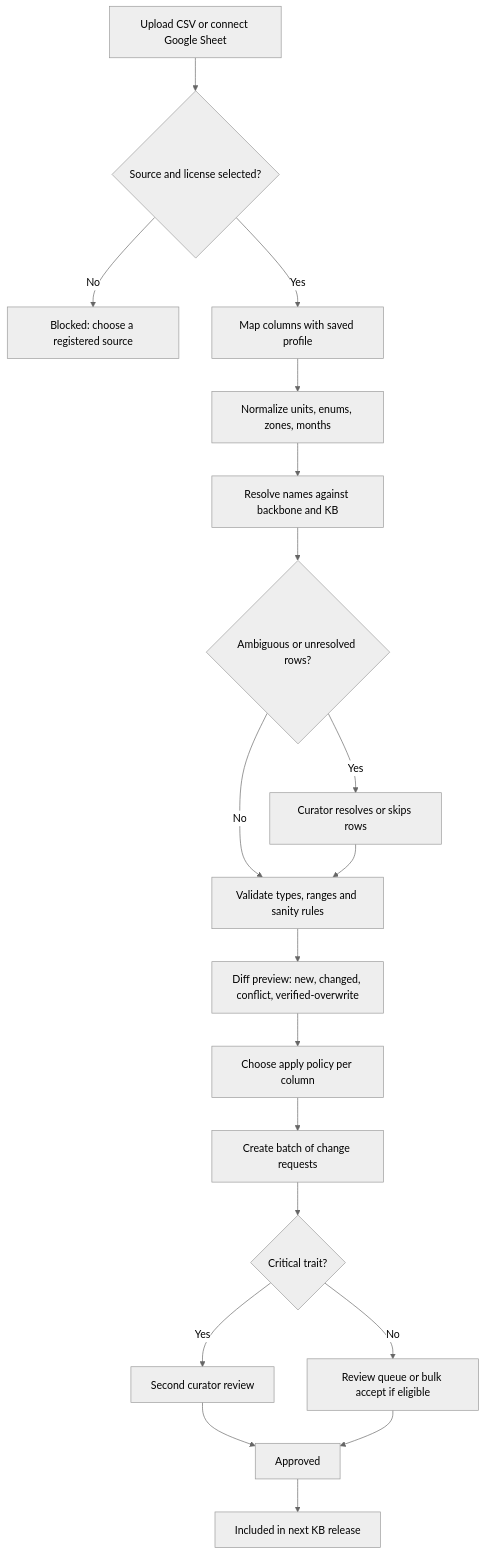
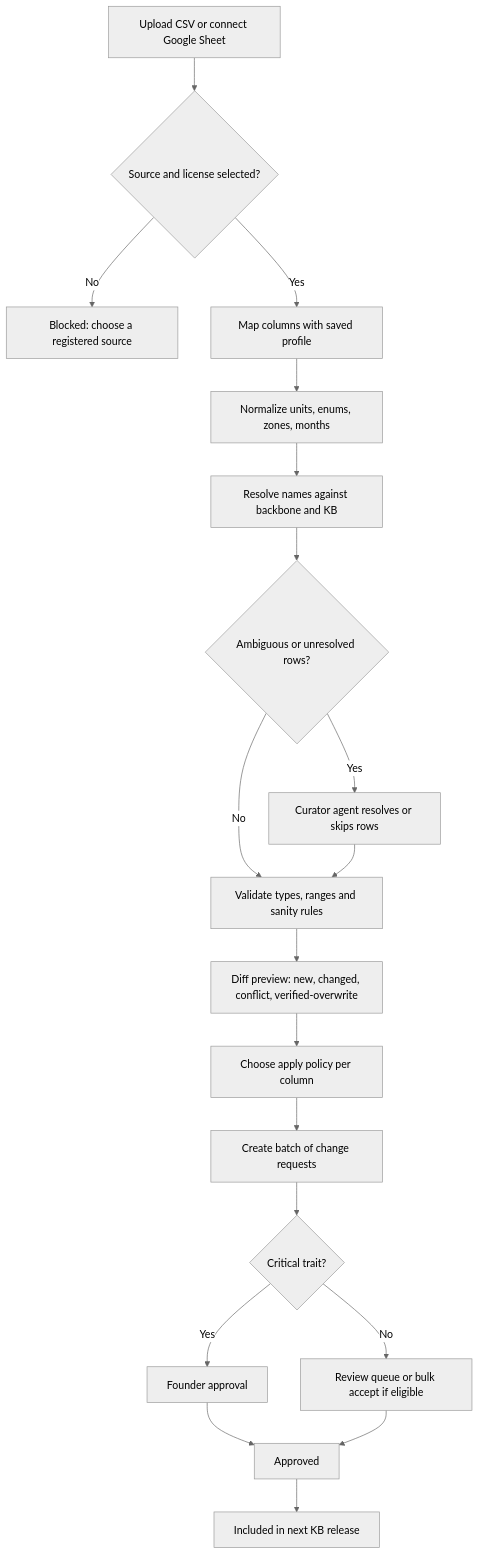
The fourth of 16 diagrams in docs/12-plant-knowledge-base.md (jdinard/landscape), drawn with Mermaid (neutral theme) before and after one commit. The commit also changed other lines of this file and 11 other files, not shown here.

````diff
--- a/docs/12-plant-knowledge-base.md
+++ b/docs/12-plant-knowledge-base.md
@@ -1110,21 +1110,21 @@
 ```mermaid
 flowchart TD
     A["Upload CSV or connect Google Sheet"] --> B{"Source and license selected?"}
     B -- "No" --> B1["Blocked: choose a registered source"]
     B -- "Yes" --> C["Map columns with saved profile"]
     C --> D["Normalize units, enums, zones, months"]
     D --> E["Resolve names against backbone and KB"]
     E --> F{"Ambiguous or unresolved rows?"}
-    F -- "Yes" --> F1["Curator resolves or skips rows"]
+    F -- "Yes" --> F1["Curator agent resolves or skips rows"]
     F -- "No" --> G["Validate types, ranges and sanity rules"]
     F1 --> G
     G --> H["Diff preview: new, changed, conflict, verified-overwrite"]
     H --> I["Choose apply policy per column"]
     I --> J["Create batch of change requests"]
     J --> K{"Critical trait?"}
-    K -- "Yes" --> L["Second curator review"]
+    K -- "Yes" --> L["Founder approval"]
     K -- "No" --> M["Review queue or bulk accept if eligible"]
     L --> N["Approved"]
     M --> N
     N --> O["Included in next KB release"]
 ```
````
